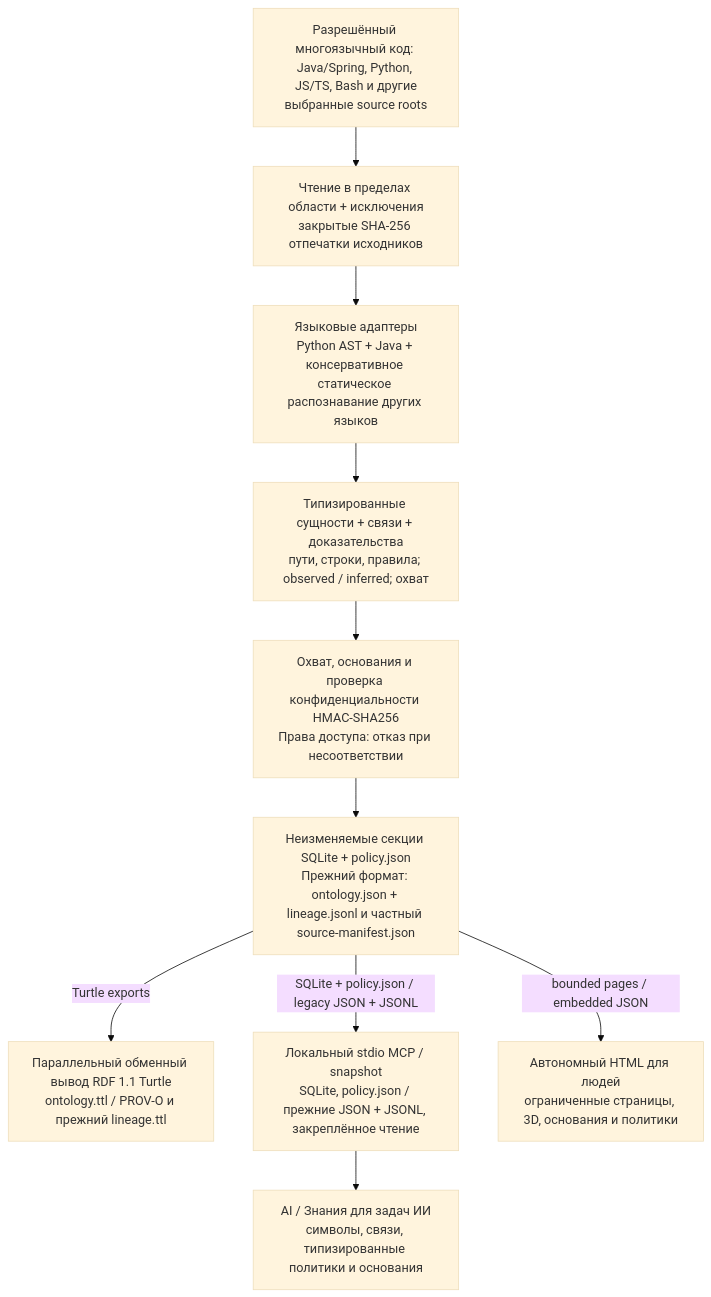
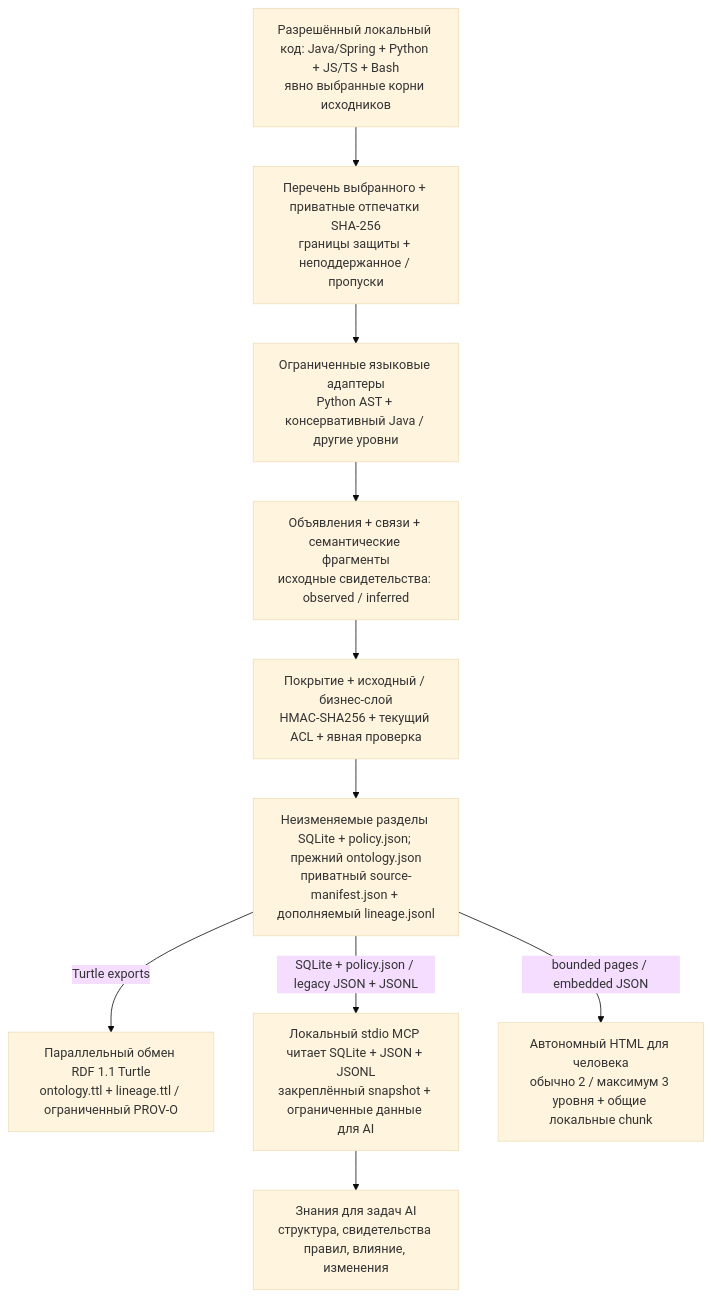
Before and after one commit to battle-doll/code-ontology-companion: the diagram in README.ru.md, drawn with Mermaid (base theme). The commit also changed other lines of this file and 180 other files, not shown here.

First line of the commit message:
Release 0.9.3: strengthen ontology policy evidence and bounded human views

````diff
--- a/README.ru.md
+++ b/README.ru.md
@@ -27,22 +50,22 @@
 ```mermaid
 flowchart TB
-    source["Разрешённый многоязычный код: Java/Spring, Python, JS/TS, Bash и другие<br/>выбранные source roots"]
-    scope["Чтение в пределах области + исключения<br/>закрытые SHA-256 отпечатки исходников"]
-    adapters["Языковые адаптеры<br/>Python AST + Java + консервативное статическое распознавание других языков"]
-    evidence["Типизированные сущности + связи + доказательства<br/>пути, строки, правила; observed / inferred; охват"]
-    gate["Охват, основания и проверка конфиденциальности HMAC-SHA256<br/>Права доступа: отказ при несоответствии"]
-    snapshot["Неизменяемые секции SQLite + policy.json<br/>Прежний формат: ontology.json + lineage.jsonl и частный source-manifest.json"]
-    rdf["Параллельный обменный вывод RDF 1.1 Turtle<br/>ontology.ttl / PROV-O и прежний lineage.ttl"]
-    mcp["Локальный stdio MCP / snapshot<br/>SQLite, policy.json / прежние JSON + JSONL, закреплённое чтение"]
-    ai["AI / Знания для задач ИИ<br/>символы, связи, типизированные политики и основания"]
-    human["Автономный HTML для людей<br/>ограниченные страницы, 3D, основания и политики"]
+    source["Разрешённый локальный код: Java/Spring + Python + JS/TS + Bash<br/>явно выбранные корни исходников"]
+    scope["Перечень выбранного + приватные отпечатки SHA-256<br/>границы защиты + неподдержанное / пропуски"]
+    adapters["Ограниченные языковые адаптеры<br/>Python AST + консервативный Java / другие уровни"]
+    evidence["Объявления + связи + семантические фрагменты<br/>исходные свидетельства: observed / inferred"]
+    gate["Покрытие + исходный / бизнес-слой<br/>HMAC-SHA256 + текущий ACL + явная проверка"]
+    snapshot["Неизменяемые разделы SQLite + policy.json; прежний ontology.json<br/>приватный source-manifest.json + дополняемый lineage.jsonl"]
+    rdf["Параллельный обмен RDF 1.1 Turtle<br/>ontology.ttl + lineage.ttl / ограниченный PROV-O"]
+    mcp["Локальный stdio MCP читает SQLite + JSON + JSONL<br/>закреплённый snapshot + ограниченные данные для AI"]
+    ai["Знания для задач AI<br/>структура, свидетельства правил, влияние, изменения"]
+    human["Автономный HTML для человека<br/>обычно 2 / максимум 3 уровня + общие локальные chunk"]
     source --> scope
     scope --> adapters
     adapters --> evidence
     evidence --> gate
     gate --> snapshot
     snapshot -->|Turtle exports| rdf
     snapshot -->|SQLite + policy.json / legacy JSON + JSONL| mcp
     mcp --> ai
     snapshot -->|bounded pages / embedded JSON| human
 ```
````
